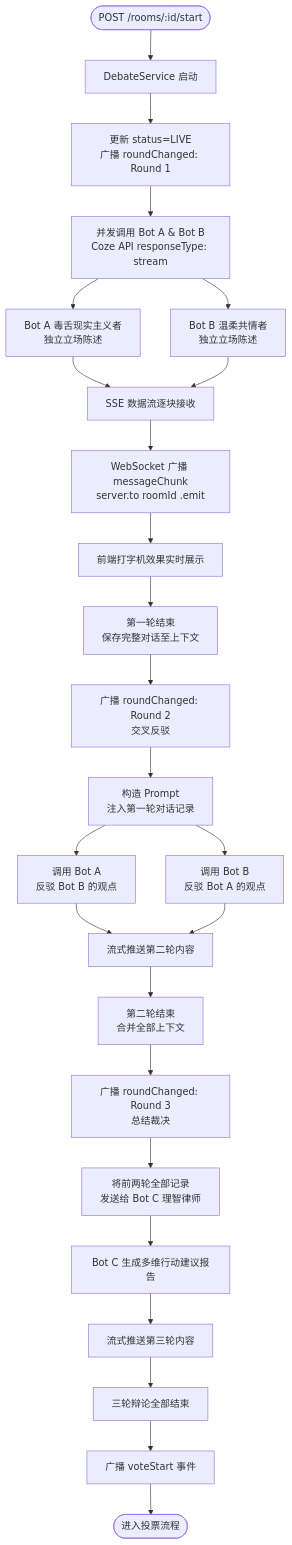
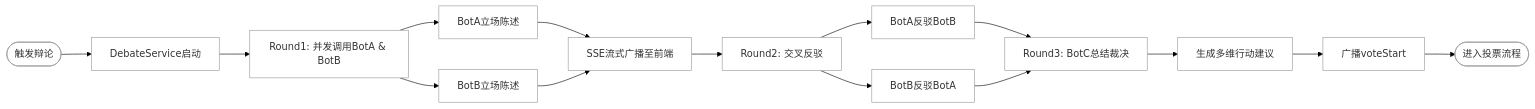
One commit to huangkaihao666/graduate-design changed diagram 14 of 19 in docs/毕设图表.md. Above: the diagram before and after it, drawn with Mermaid. The commit also changed other lines of this file, not shown here.

Commit message:
docs: 添加毕设图表40%

````diff
--- a/docs/毕设图表.md
+++ b/docs/毕设图表.md
@@ -514,25 +480,18 @@
 ```mermaid
-flowchart TD
-    A([POST /rooms/:id/start]) --> B[DebateService 启动]
-    B --> C[更新 status=LIVE<br/>广播 roundChanged: Round 1]
-    C --> D[并发调用 Bot A & Bot B\nCoze API responseType: stream]
-    D --> E[Bot A 毒舌现实主义者\n独立立场陈述]
-    D --> F[Bot B 温柔共情者\n独立立场陈述]
-    E & F --> G[SSE 数据流逐块接收]
-    G --> H[WebSocket 广播 messageChunk\nserver.to roomId .emit]
-    H --> I[前端打字机效果实时展示]
-    I --> J[第一轮结束\n保存完整对话至上下文]
-    J --> K[广播 roundChanged: Round 2\n交叉反驳]
-    K --> L[构造 Prompt\n注入第一轮对话记录]
-    L --> M[调用 Bot A\n反驳 Bot B 的观点]
-    L --> N[调用 Bot B\n反驳 Bot A 的观点]
-    M & N --> O[流式推送第二轮内容]
-    O --> P[第二轮结束\n合并全部上下文]
-    P --> Q[广播 roundChanged: Round 3\n总结裁决]
-    Q --> R[将前两轮全部记录\n发送给 Bot C 理智律师]
-    R --> S[Bot C 生成多维行动建议报告]
-    S --> T[流式推送第三轮内容]
-    T --> U[三轮辩论全部结束]
-    U --> V[广播 voteStart 事件]
-    V --> W([进入投票流程])
+%%{init:{'theme':'base','themeVariables':{'background':'#ffffff','mainBkg':'#ffffff','clusterBkg':'#ffffff','nodeBorder':'#999999','edgeLabelBackground':'#ffffff'}}}%%
+flowchart LR
+    A([触发辩论]) --> B[DebateService启动]
+    B --> C[Round1: 并发调用BotA & BotB]
+    C --> C1[BotA立场陈述]
+    C --> C2[BotB立场陈述]
+    C1 --> D[SSE流式广播至前端]
+    C2 --> D
+    D --> E[Round2: 交叉反驳]
+    E --> E1[BotA反驳BotB]
+    E --> E2[BotB反驳BotA]
+    E1 --> F[Round3: BotC总结裁决]
+    E2 --> F
+    F --> G[生成多维行动建议]
+    G --> H[广播voteStart]
+    H --> I([进入投票流程])
 ```
````
